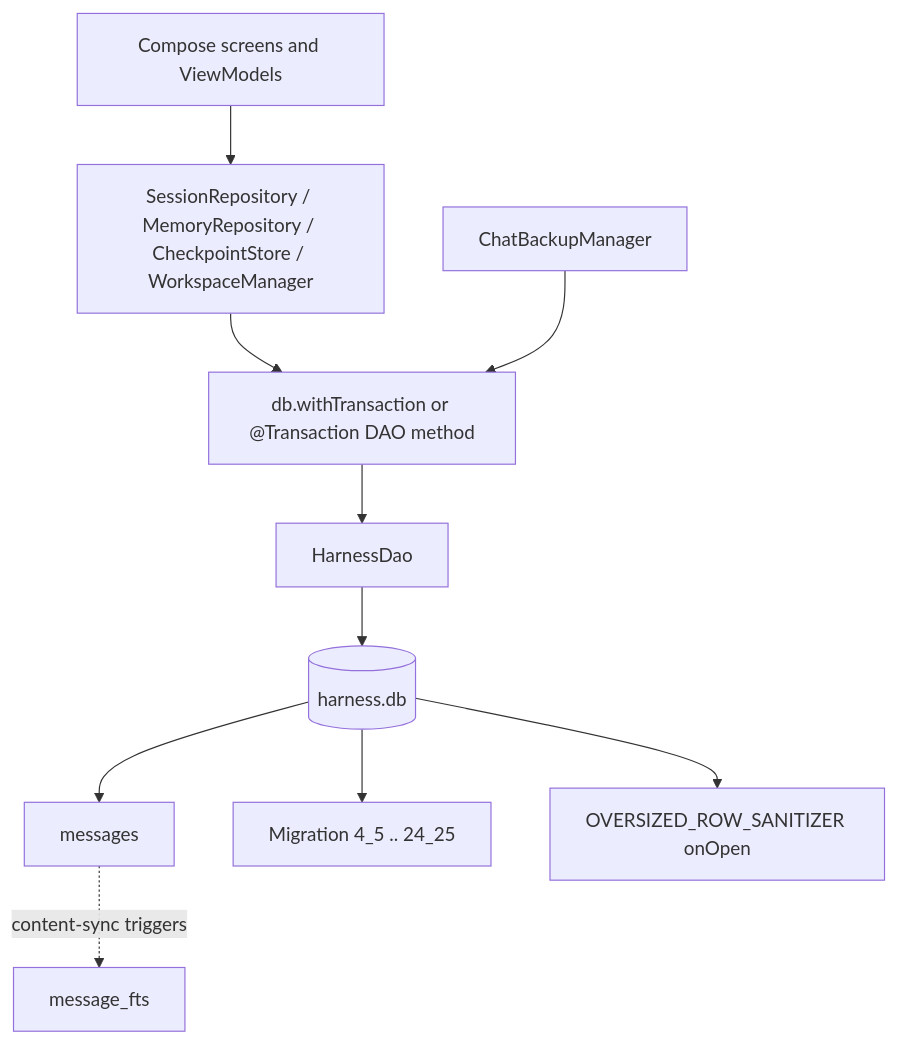
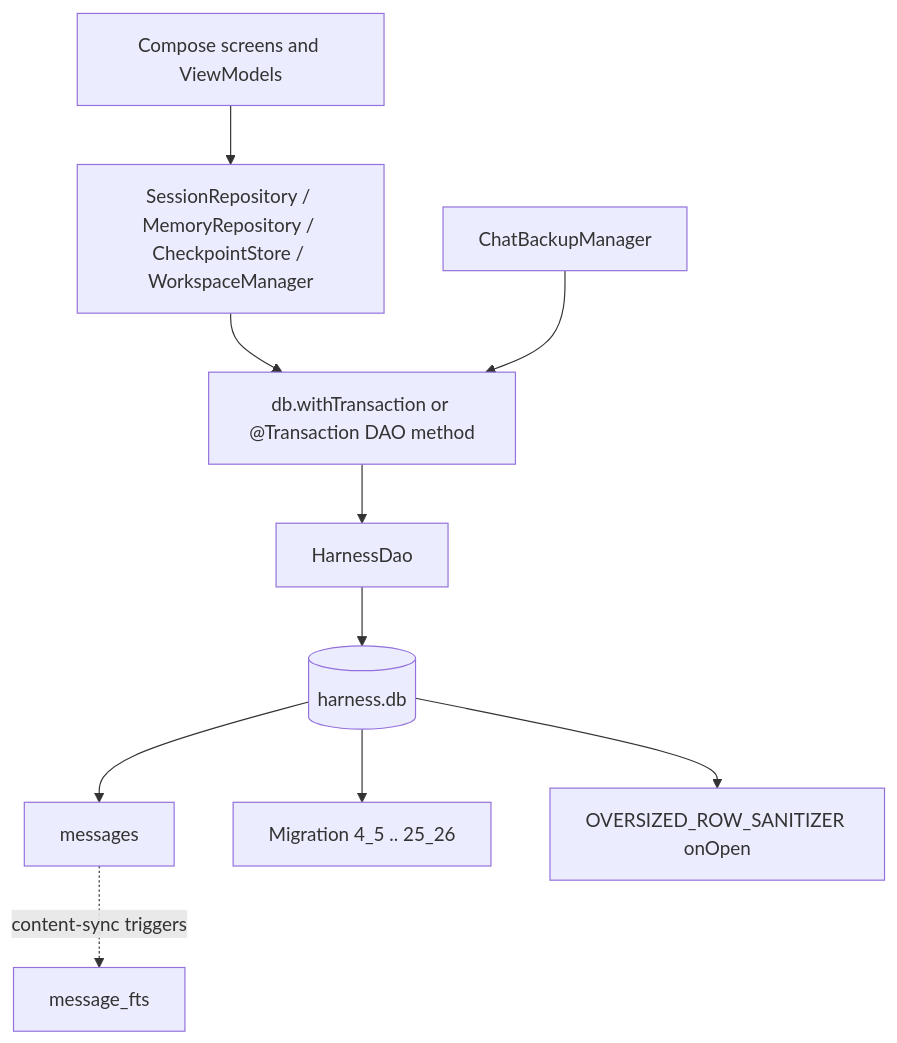
Before and after one commit to Sanuu7/AndroidHarness: the diagram in repowiki/68-database-and-persistence.md, drawn with Mermaid. The commit also changed other lines of this file and 82 other files, not shown here.

````diff
--- a/repowiki/68-database-and-persistence.md
+++ b/repowiki/68-database-and-persistence.md
@@ -17,12 +17,12 @@
 ```mermaid
 flowchart TD
     UI[Compose screens and ViewModels] --> Repo[SessionRepository / MemoryRepository / CheckpointStore / WorkspaceManager]
     Repo --> Tx[db.withTransaction or @Transaction DAO method]
     Tx --> Dao[HarnessDao]
     Dao --> Room[(harness.db)]
     Room --> Msg[messages]
     Msg -. content-sync triggers .-> Fts[message_fts]
-    Room --> Mig[Migration 4_5 .. 24_25]
+    Room --> Mig[Migration 4_5 .. 25_26]
     Room --> San[OVERSIZED_ROW_SANITIZER onOpen]
     Backup[ChatBackupManager] --> Tx
 ```
````
